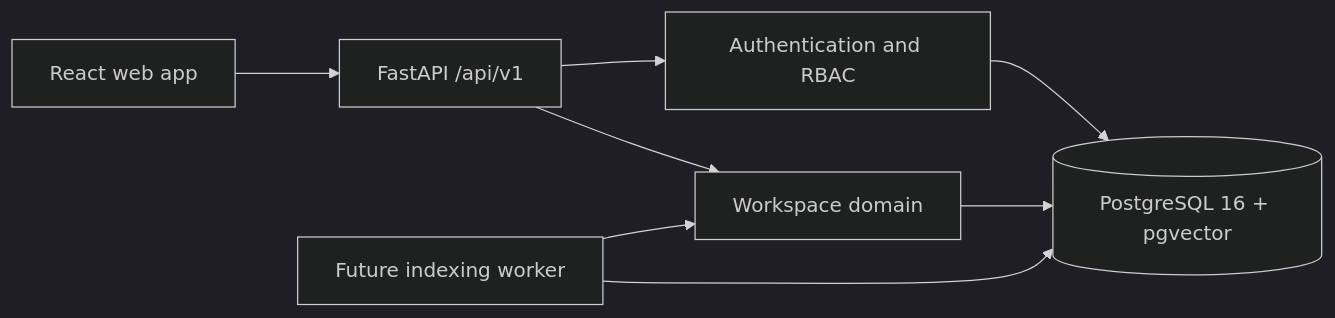
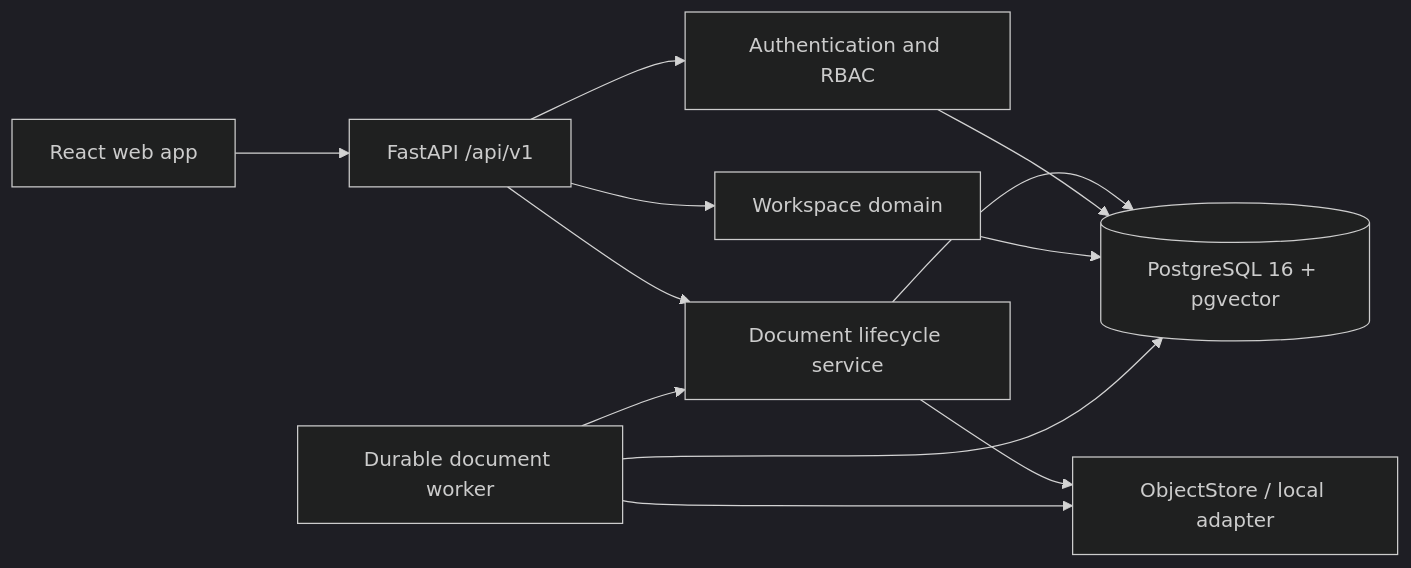
Before and after one commit to xyoooo/ai_customer_support: the diagram in docs/architecture/overview.md, drawn with Mermaid (dark theme). The commit also changed other lines of this file and 49 other files, not shown here.

Commit message:
Complete Week 2 document lifecycle

````diff
--- a/docs/architecture/overview.md
+++ b/docs/architecture/overview.md
@@ -5,10 +7,14 @@
 ```mermaid
 flowchart LR
     Browser["React web app"] --> API["FastAPI /api/v1"]
     API --> Auth["Authentication and RBAC"]
     API --> Domain["Workspace domain"]
+    API --> Documents["Document lifecycle service"]
+    Documents --> Store["ObjectStore / local adapter"]
+    Documents --> DB
     Auth --> DB[("PostgreSQL 16 + pgvector")]
     Domain --> DB
-    Worker["Future indexing worker"] --> Domain
+    Worker["Durable document worker"] --> Documents
+    Worker --> Store
     Worker --> DB
 ```
````
